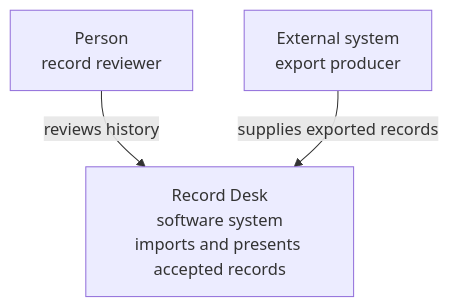
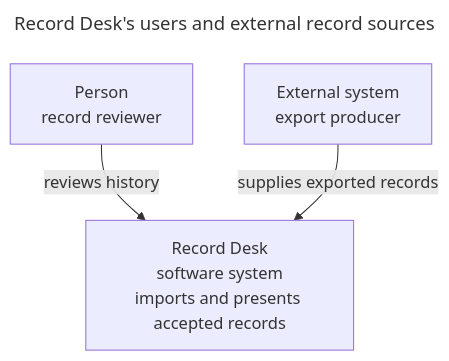
The first of 4 diagrams in docs/conventions/architecture-description/style/diagrams.md (Leckatall/KovaaksStatisticsViewer), drawn with Mermaid before and after one commit. The commit also changed other lines of this file and 1 other file, not shown here.

Commit message:
docs: require diagram titles and notation-only keys

````diff
--- a/docs/conventions/architecture-description/style/diagrams.md
+++ b/docs/conventions/architecture-description/style/diagrams.md
@@ -132,7 +147,10 @@
 ```mermaid
+---
+title: Record Desk's users and external record sources
+---
 flowchart TB
-    accTitle: Record Desk system context
+    accTitle: Record Desk's users and external record sources
     accDescr: A record reviewer uses Record Desk, which imports records from an external export producer.
     Reviewer["Person<br/>record reviewer"] -->|reviews history| RecordDesk["Record Desk<br/>software system<br/>imports and presents accepted records"]
     Exporter["External system<br/>export producer"] -->|supplies exported records| RecordDesk
 ```
````
